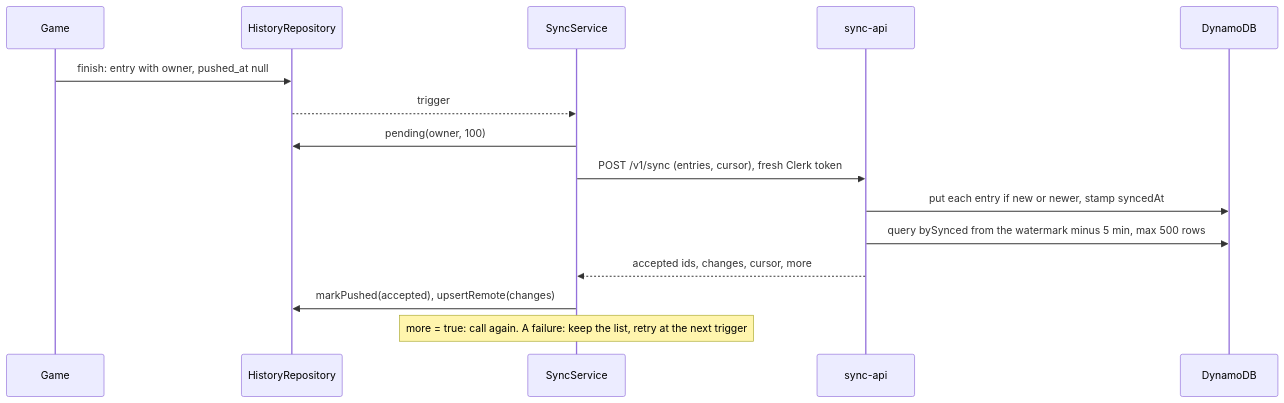
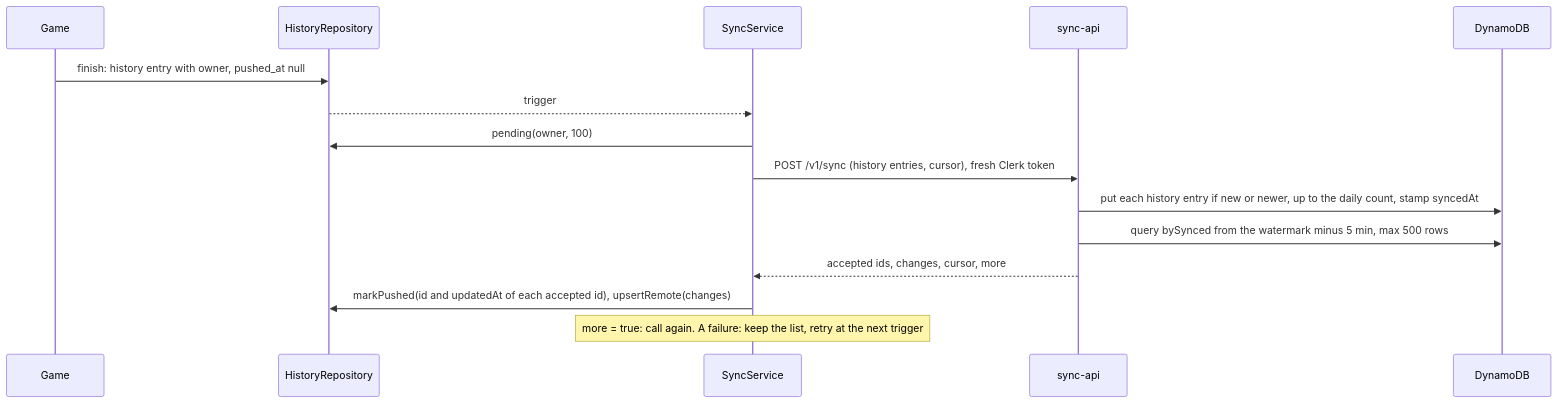
One commit to vandemaelefelix/sudoku changed the first of 2 diagrams in docs/architecture/00-concepts/history-sync.md. Above: the diagram before and after it, drawn with Mermaid. The commit also changed other lines of this file and 7 other files, not shown here.

Commit message:
docs(architecture): answer the review of the backend decisions (#100)

````diff
--- a/docs/architecture/00-concepts/history-sync.md
+++ b/docs/architecture/00-concepts/history-sync.md
@@ -47,17 +56,17 @@
 ```mermaid
 sequenceDiagram
   participant Game
   participant Repo as HistoryRepository
   participant Sync as SyncService
   participant API as sync-api
   participant DB as DynamoDB
-  Game->>Repo: finish: entry with owner, pushed_at null
+  Game->>Repo: finish: history entry with owner, pushed_at null
   Repo-->>Sync: trigger
   Sync->>Repo: pending(owner, 100)
-  Sync->>API: POST /v1/sync (entries, cursor), fresh Clerk token
-  API->>DB: put each entry if new or newer, stamp syncedAt
+  Sync->>API: POST /v1/sync (history entries, cursor), fresh Clerk token
+  API->>DB: put each history entry if new or newer, up to the daily count, stamp syncedAt
   API->>DB: query bySynced from the watermark minus 5 min, max 500 rows
   API-->>Sync: accepted ids, changes, cursor, more
-  Sync->>Repo: markPushed(accepted), upsertRemote(changes)
+  Sync->>Repo: markPushed(id and updatedAt of each accepted id), upsertRemote(changes)
   Note over Sync: more = true: call again. A failure: keep the list, retry at the next trigger
 ```
````
